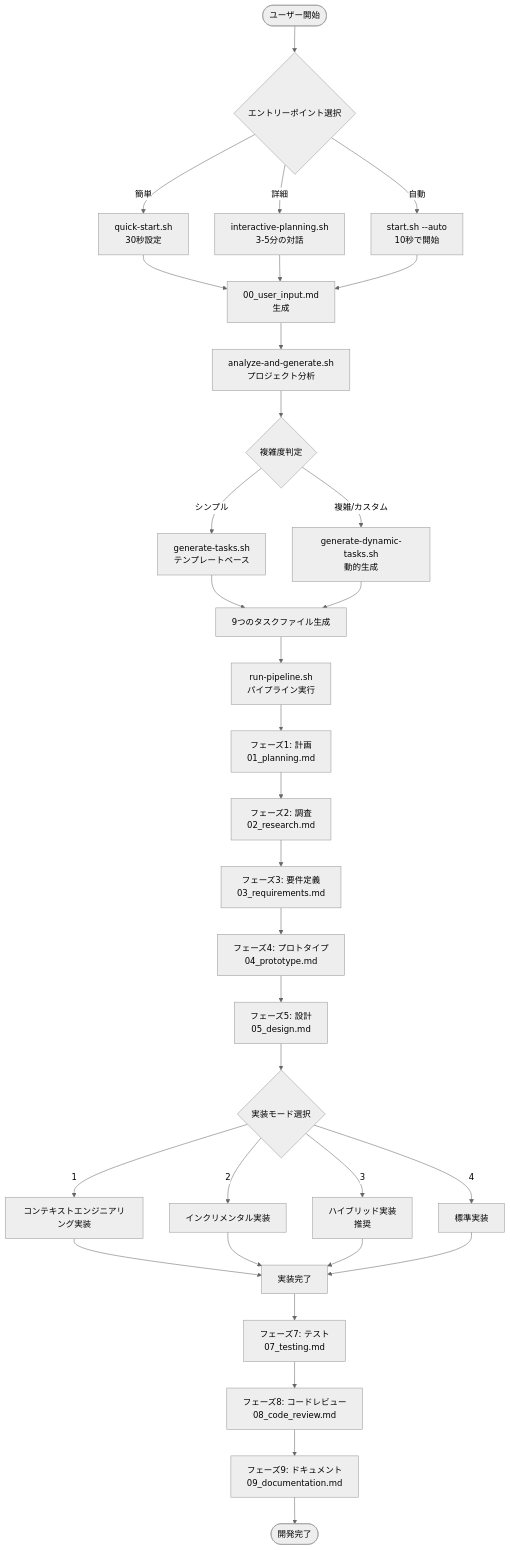
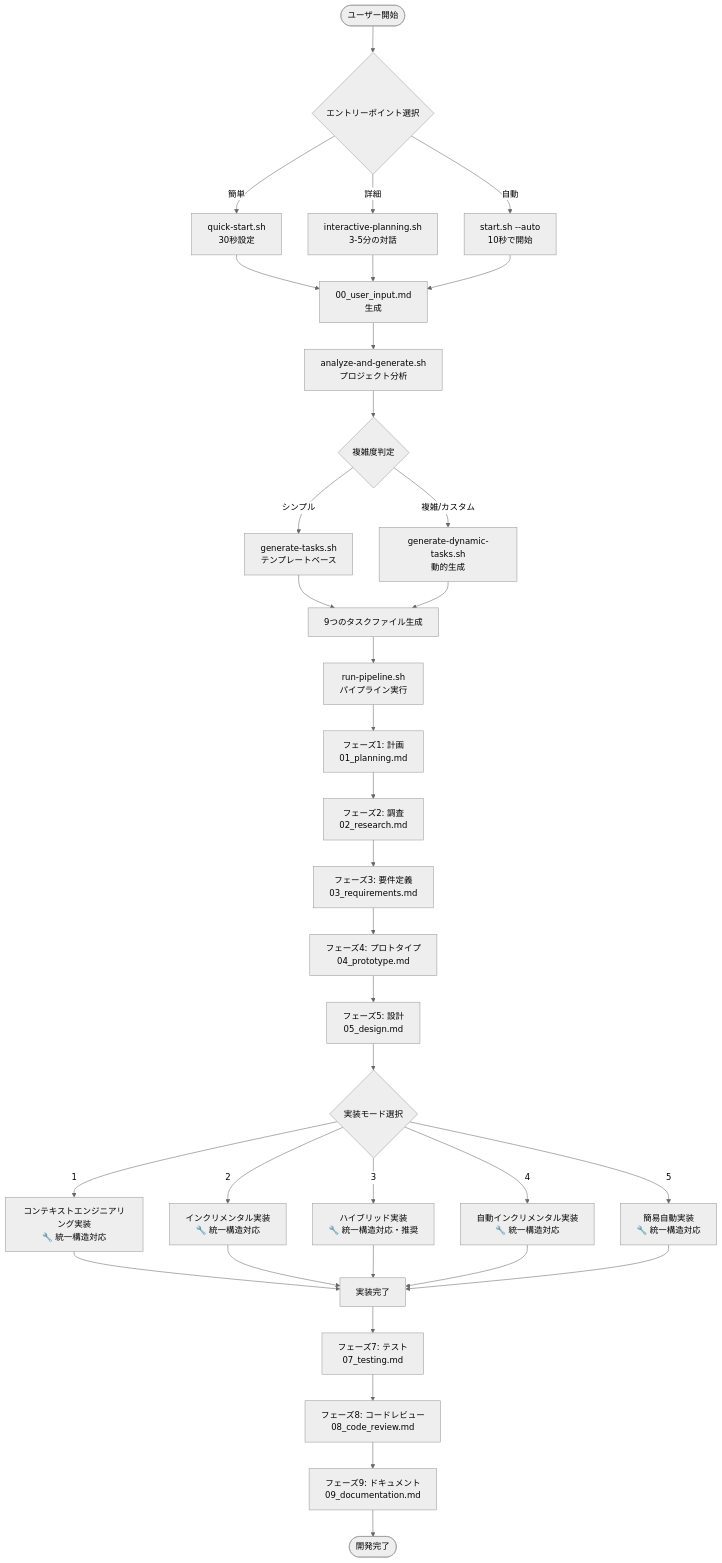
One commit to wanta-s/ClaudeFlow changed the diagram in docs/DEVELOPMENT-FLOW.md. Above: the diagram before and after it, drawn with Mermaid (neutral theme). The commit also changed other lines of this file and 278 other files, not shown here.

````diff
--- a/docs/DEVELOPMENT-FLOW.md
+++ b/docs/DEVELOPMENT-FLOW.md
@@ -11,44 +11,46 @@
 ```mermaid
 graph TD
     Start([ユーザー開始]) --> Entry{エントリーポイント選択}
     
     Entry -->|簡単| QuickStart[quick-start.sh<br/>30秒設定]
     Entry -->|詳細| Interactive[interactive-planning.sh<br/>3-5分の対話]
     Entry -->|自動| Auto[start.sh --auto<br/>10秒で開始]
     
     QuickStart --> UserInput[00_user_input.md<br/>生成]
     Interactive --> UserInput
     Auto --> UserInput
     
     UserInput --> Analyze[analyze-and-generate.sh<br/>プロジェクト分析]
     
     Analyze --> ComplexityCheck{複雑度判定}
     ComplexityCheck -->|シンプル| Template[generate-tasks.sh<br/>テンプレートベース]
     ComplexityCheck -->|複雑/カスタム| Dynamic[generate-dynamic-tasks.sh<br/>動的生成]
     
     Template --> Tasks[9つのタスクファイル生成]
     Dynamic --> Tasks
     
     Tasks --> Pipeline[run-pipeline.sh<br/>パイプライン実行]
     
     Pipeline --> Phase1[フェーズ1: 計画<br/>01_planning.md]
     Phase1 --> Phase2[フェーズ2: 調査<br/>02_research.md]
     Phase2 --> Phase3[フェーズ3: 要件定義<br/>03_requirements.md]
     Phase3 --> Phase4[フェーズ4: プロトタイプ<br/>04_prototype.md]
     Phase4 --> Phase5[フェーズ5: 設計<br/>05_design.md]
     Phase5 --> ImplMode{実装モード選択}
-    ImplMode -->|1| ContextEng[コンテキストエンジニアリング実装]
-    ImplMode -->|2| Incremental[インクリメンタル実装]
-    ImplMode -->|3| Hybrid[ハイブリッド実装<br/>推奨]
-    ImplMode -->|4| Standard[標準実装]
+    ImplMode -->|1| ContextEng[コンテキストエンジニアリング実装<br/>🔧 統一構造対応]
+    ImplMode -->|2| Incremental[インクリメンタル実装<br/>🔧 統一構造対応]
+    ImplMode -->|3| Hybrid[ハイブリッド実装<br/>🔧 統一構造対応・推奨]
+    ImplMode -->|4| AutoIncremental[自動インクリメンタル実装<br/>🔧 統一構造対応]
+    ImplMode -->|5| SimpleAuto[簡易自動実装<br/>🔧 統一構造対応]
     
     ContextEng --> Phase6[実装完了]
     Incremental --> Phase6
     Hybrid --> Phase6
-    Standard --> Phase6
+    AutoIncremental --> Phase6
+    SimpleAuto --> Phase6
     Phase6 --> Phase7[フェーズ7: テスト<br/>07_testing.md]
     
     Phase7 --> Phase8[フェーズ8: コードレビュー<br/>08_code_review.md]
     Phase8 --> Phase9[フェーズ9: ドキュメント<br/>09_documentation.md]
     Phase9 --> Complete([開発完了])
 ```
````
